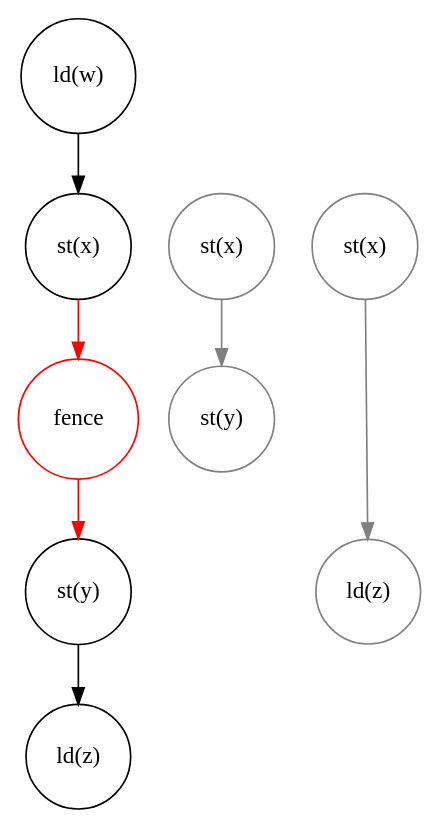
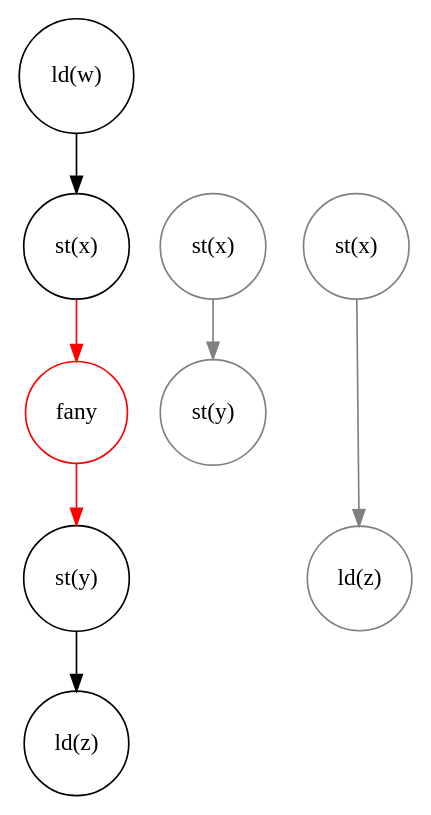
The seventh of 7 diagrams in presentation.org (johnbender/oopsla-2015-presentation), drawn with Graphviz before and after one commit. The commit also changed 2 other files, not shown here.

Commit message:
graph tweaks

```diff
--- a/presentation.org
+++ b/presentation.org
@@ -709,36 +709,36 @@
    #+BEGIN_SRC dot :file assets/images/full-graph-refine-apply.png :exports results
 digraph a {
  splines=line
  node [shape = circle];
  1 [label="ld(w)"]
  2 [label="st(x)"]
  3 [label="st(y)"]
  4 [label="ld(z)"]
- 5 [label="fence" color="red"]
+ 5 [label="fany" color="red"]
 
  1 -> 2
  3 -> 4
  2 -> 5 [color="red"]
  5 -> 3 [color="red"]
 
  node[shape=circle]
 
  9 [label="st(x)", color="gray"]
  10 [label="st(y)", color="gray"]
 
  6 [label="st(x)", color="gray"]
  8 [label="ld(z)", color="gray"]
 
  node[shape=point style=invis]
  splines=line
  n -> 6 [style=invis]
  6 -> o [style=invis]
  o -> 8 [style=invis]
  p -> 9 [style=invis]
 
 
  9 -> 10 [color="gray"]
 
  6 -> 8 [color="gray"]
 }
    #+END_SRC
```
